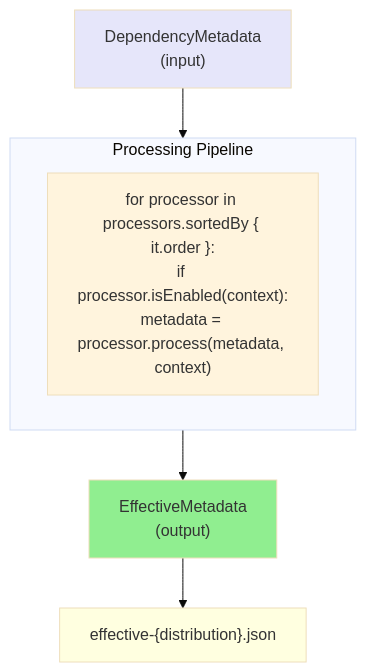
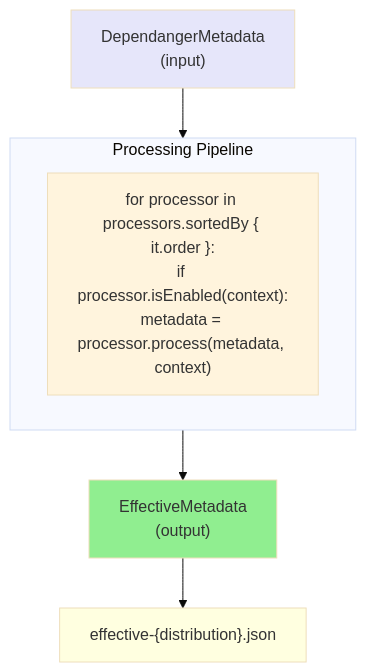
The diagram in docs/02-features/F003-processing-pipeline.adoc (zenhelix/dependanger), drawn with Mermaid (base theme) before and after one commit. The commit also changed other lines of this file and 8 other files, not shown here.

```diff
--- a/docs/02-features/F003-processing-pipeline.adoc
+++ b/docs/02-features/F003-processing-pipeline.adoc
@@ -294,20 +309,20 @@
 [mermaid,target=pipeline-flow,format=svg]
 ----
 flowchart TD
-    Input["DependencyMetadata<br/>(input)"]
+    Input["DependangerMetadata<br/>(input)"]
 
     subgraph Pipeline["Processing Pipeline"]
         Loop["for processor in processors.sortedBy { it.order }:<br/>if processor.isEnabled(context):<br/>metadata = processor.process(metadata, context)"]
     end
 
     Output["EffectiveMetadata<br/>(output)"]
     File["effective-{distribution}.json"]
 
     Input --> Pipeline
     Pipeline --> Output
     Output --> File
 
     style Input fill:#E6E6FA
     style Output fill:#90EE90
     style File fill:#FFFFE0
 ----
```
